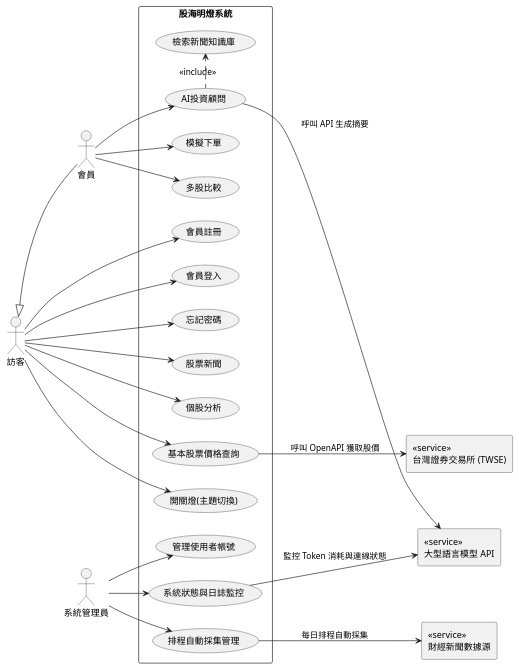
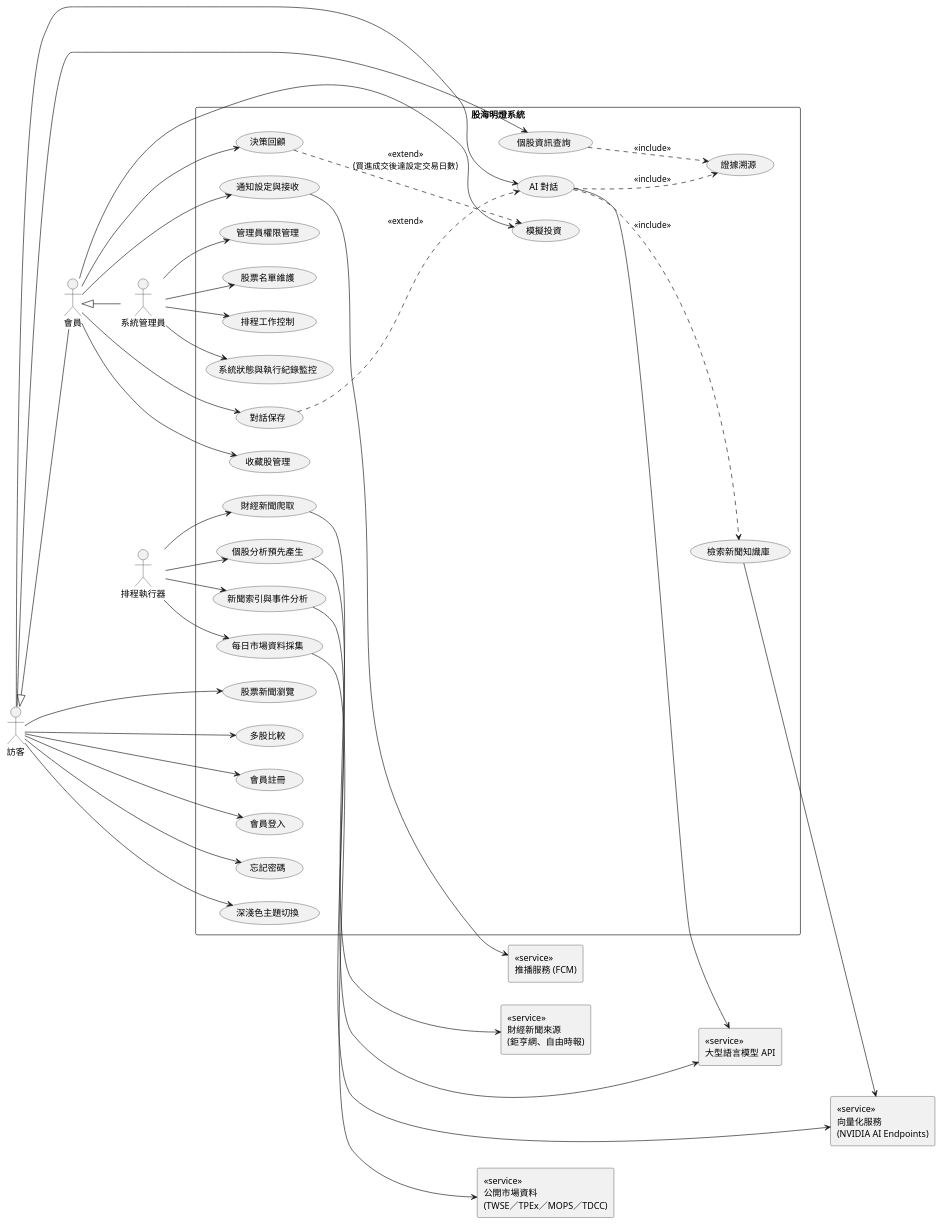
Before and after one commit to weeei001/115409: the diagram in docs/圖檔/Use case Diagram/Usecase.puml, drawn with PlantUML. The commit also changed 28 other files, not shown here.

```diff
--- a/docs/圖檔/Use case Diagram/Usecase.puml
+++ b/docs/圖檔/Use case Diagram/Usecase.puml
@@ -1,71 +1,89 @@
 @startuml 股海明燈系統Use Case Diagram
 left to right direction
 skinparam packageStyle rectangle
 skinparam shadowing false
 
-' 定義左邊的主動參與者
 actor "訪客" as Guest
 actor "會員" as Member
 actor "系統管理員" as Admin
+actor "排程執行器" as Scheduler
 
-' 會員繼承訪客權限
-Guest <|-- Member 
-
-' 定義右邊的被動參與者 (第三方整合服務)
-rectangle "<<service>>\n大型語言模型 API" as LLM
-rectangle "<<service>>\n台灣證券交易所 (TWSE)" as TWSE
-rectangle "<<service>>\n財經新聞數據源" as NewsSource
+Guest <|-- Member
+Member <|-- Admin
 
 rectangle "股海明燈系統" {
-  ' 前台基礎功能
+  ' 訪客：查詢與分析
+  usecase "個股資訊查詢" as UC_Info
+  usecase "證據溯源" as UC_Evidence
+  usecase "股票新聞瀏覽" as UC_News
+  usecase "多股比較" as UC_Compare
+  usecase "AI 對話" as UC_AI
+  usecase "檢索新聞知識庫" as UC_Search
   usecase "會員註冊" as UC_Register
   usecase "會員登入" as UC_Login
   usecase "忘記密碼" as UC_ForgotPwd
-  usecase "股票新聞" as UC_News
-  usecase "個股分析" as UC_Info
-  usecase "基本股票價格查詢" as UC_Price
-  usecase "開關燈(主題切換)" as UC_Theme
-  
-
-
-  ' 前台延伸/輔助功能
-  usecase "檢索新聞知識庫" as UC_Source
-  usecase "模擬下單" as UC_Trade
-  usecase "AI投資顧問" as UC_AI
-  usecase "多股比較" as UC_Compare
-
-  ' 後台管理功能
-  usecase "管理使用者帳號" as UC_ManageUsers
-  usecase "排程自動採集管理" as UC_ManageNews
-  usecase "系統狀態與日誌監控" as UC_MonitorStatus
+  usecase "深淺色主題切換" as UC_Theme
+  ' 會員
+  usecase "對話保存" as UC_SaveChat
+  usecase "收藏股管理" as UC_Favorite
+  usecase "模擬投資" as UC_Trade
+  usecase "決策回顧" as UC_Review
+  usecase "通知設定與接收" as UC_Notify
+  ' 管理員
+  usecase "排程工作控制" as UC_JobControl
+  usecase "系統狀態與執行紀錄監控" as UC_Monitor
+  usecase "管理員權限管理" as UC_ManageAdmin
+  usecase "股票名單維護" as UC_ManageStock
+  ' 排程
+  usecase "每日市場資料採集" as UC_FetchMarket
+  usecase "財經新聞爬取" as UC_Crawl
+  usecase "新聞索引與事件分析" as UC_Index
+  usecase "個股分析預先產生" as UC_Warmup
 }
 
-' 訪客連線
+rectangle "<<service>>\n公開市場資料\n(TWSE／TPEx／MOPS／TDCC)" as Market
+rectangle "<<service>>\n財經新聞來源\n(鉅亨網、自由時報)" as NewsSource
+rectangle "<<service>>\n向量化服務\n(NVIDIA AI Endpoints)" as Embed
+rectangle "<<service>>\n大型語言模型 API" as LLM
+rectangle "<<service>>\n推播服務 (FCM)" as FCM
+
+Guest --> UC_Info
+Guest --> UC_News
+Guest --> UC_Compare
+Guest --> UC_AI
 Guest --> UC_Register
 Guest --> UC_Login
 Guest --> UC_ForgotPwd
-Guest --> UC_Price
-Guest --> UC_News
-Guest --> UC_Info
 Guest --> UC_Theme
 
-' 會員連線
+Member --> UC_SaveChat
+Member --> UC_Favorite
 Member --> UC_Trade
-Member --> UC_AI
-Member --> UC_Compare
+Member --> UC_Review
+Member --> UC_Notify
 
-' 管理員連線
-Admin --> UC_ManageUsers
-Admin --> UC_ManageNews
-Admin --> UC_MonitorStatus
+Admin --> UC_JobControl
+Admin --> UC_Monitor
+Admin --> UC_ManageAdmin
+Admin --> UC_ManageStock
 
-' 包含關係
-UC_AI .> UC_Source : <<include>>
+Scheduler --> UC_FetchMarket
+Scheduler --> UC_Crawl
+Scheduler --> UC_Index
+Scheduler --> UC_Warmup
 
-' 第三方服務連線
-UC_AI --> LLM : 呼叫 API 生成摘要
-UC_Price --> TWSE : 呼叫 OpenAPI 獲取股價
-UC_MonitorStatus --> LLM : 監控 Token 消耗與連線狀態
-UC_ManageNews --> NewsSource : 每日排程自動採集
+UC_Info ..> UC_Evidence : <<include>>
+UC_AI ..> UC_Evidence : <<include>>
+UC_AI ..> UC_Search : <<include>>
+UC_SaveChat ..> UC_AI : <<extend>>
+UC_Review ..> UC_Trade : <<extend>>\n(買進成交後達設定交易日數)
+
+UC_FetchMarket --> Market
+UC_Crawl --> NewsSource
+UC_Index --> Embed
+UC_Search --> Embed
+UC_AI --> LLM
+UC_Warmup --> LLM
+UC_Notify --> FCM
 
 @enduml
```
